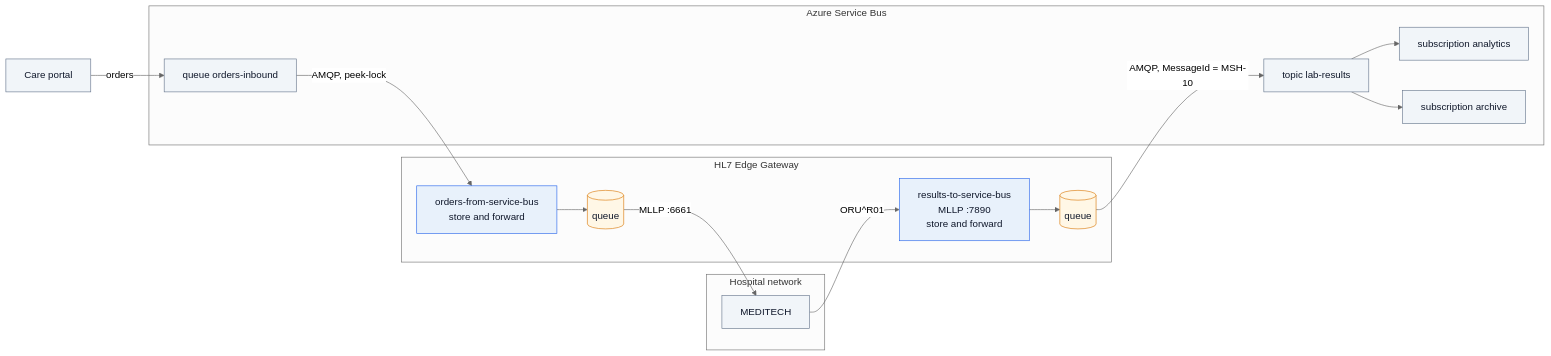
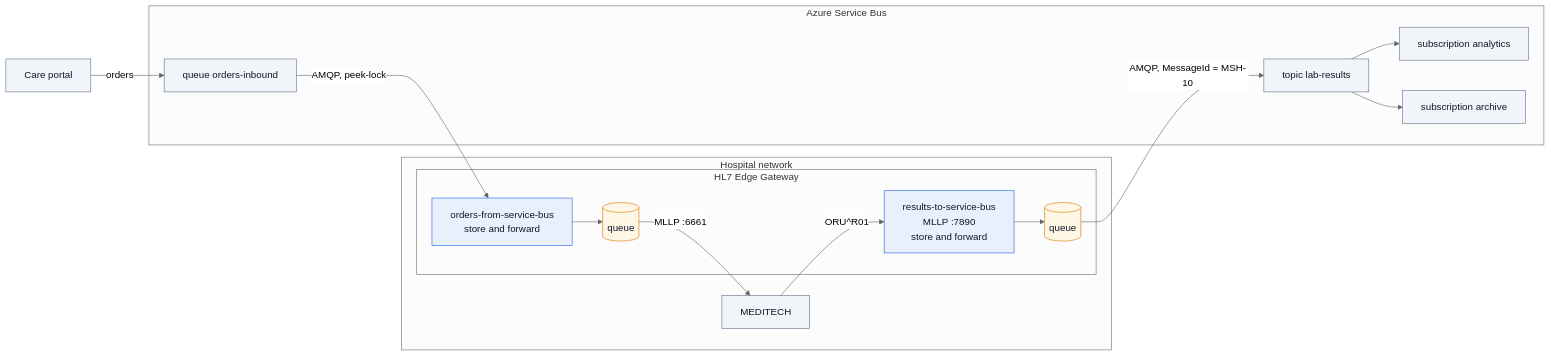
Before and after one commit to lambogenius/hl7-edge-gateway-examples: the diagram in 03-azure-service-bus/diagrams/architecture.mmd, drawn with Mermaid (neutral theme). The commit also changed 23 other files, not shown here.

Commit message:
Architecture diagrams: on-prem parts inside the hospital network, cloud load balancers inside the cloud network

```diff
--- a/03-azure-service-bus/diagrams/architecture.mmd
+++ b/03-azure-service-bus/diagrams/architecture.mmd
@@ -1,27 +1,27 @@
 flowchart LR
   subgraph H["Hospital network"]
     M["MEDITECH"]:::ext
-  end
-  subgraph G["HL7 Edge Gateway"]
-    R1["results-to-service-bus<br/>MLLP :7890<br/>store and forward"]:::gw
-    R2["orders-from-service-bus<br/>store and forward"]:::gw
-    Q1[("queue")]:::store
-    Q2[("queue")]:::store
+    subgraph G["HL7 Edge Gateway"]
+      R1["results-to-service-bus<br/>MLLP :7890<br/>store and forward"]:::gw
+      R2["orders-from-service-bus<br/>store and forward"]:::gw
+      Q1[("queue")]:::store
+      Q2[("queue")]:::store
+    end
   end
   subgraph SB["Azure Service Bus"]
     T["topic lab-results"]:::ext
     S1["subscription analytics"]:::ext
     S2["subscription archive"]:::ext
     OQ["queue orders-inbound"]:::ext
   end
   CP["Care portal"]:::ext
   M -- "ORU^R01" --> R1 --> Q1 -- "AMQP, MessageId = MSH-10" --> T
   T --> S1
   T --> S2
   CP -- "orders" --> OQ -- "AMQP, peek-lock" --> R2 --> Q2 -- "MLLP :6661" --> M
 
   classDef gw fill:#e8f1fb,stroke:#2563eb,color:#0f172a
   classDef store fill:#fff7e6,stroke:#d97706,color:#0f172a
   classDef ext fill:#f1f5f9,stroke:#64748b,color:#0f172a
   classDef bad fill:#fdecec,stroke:#dc2626,color:#0f172a
   classDef ok fill:#ecfdf3,stroke:#16a34a,color:#0f172a
```
